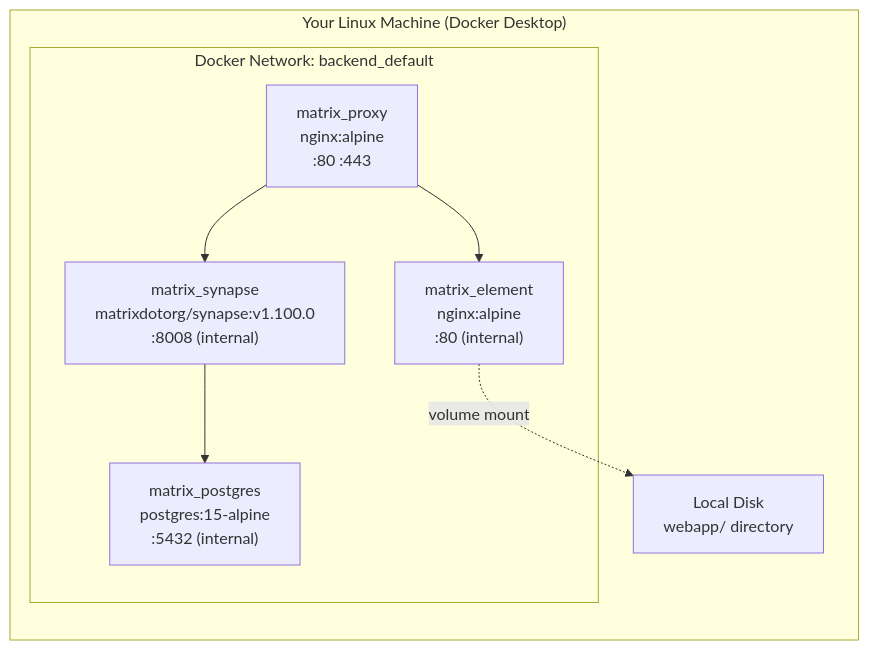
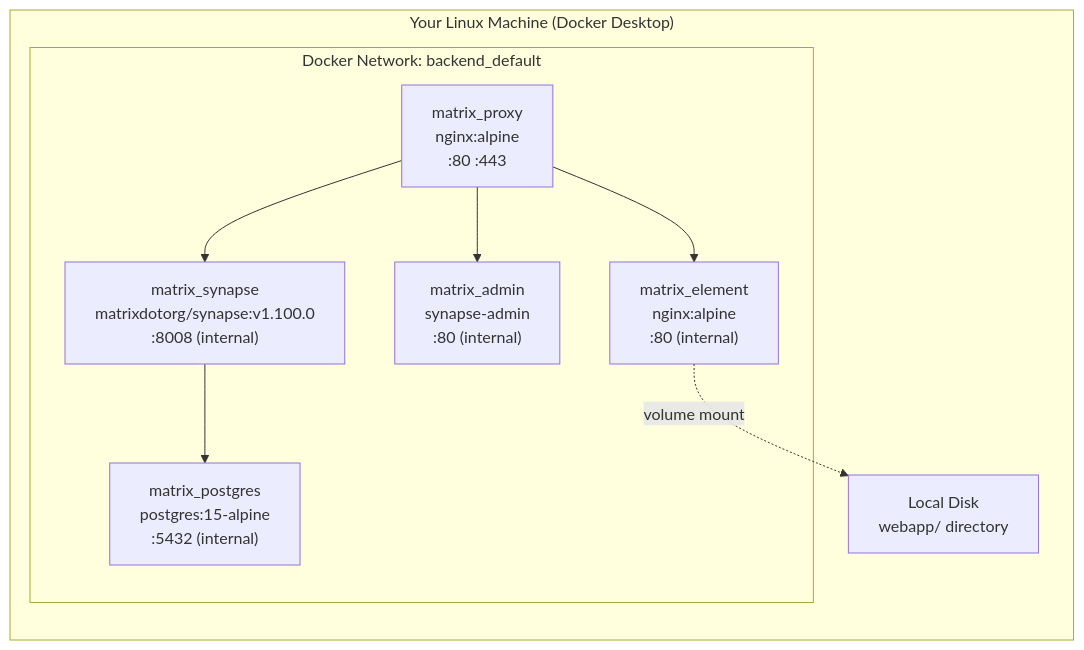
Before and after one commit to Ramilbey/Sovereign-Messenger: the second of 3 diagrams in docs/Architecture/system-overview.md, drawn with Mermaid. The commit also changed other lines of this file and 12 other files, not shown here.

````diff
--- a/docs/Architecture/system-overview.md
+++ b/docs/Architecture/system-overview.md
@@ -65,17 +68,19 @@
 ```mermaid
 graph LR
     subgraph Host["Your Linux Machine (Docker Desktop)"]
         subgraph Net["Docker Network: backend_default"]
             P["matrix_proxy<br/>nginx:alpine<br/>:80 :443"]
             E["matrix_element<br/>nginx:alpine<br/>:80 (internal)"]
+            A["matrix_admin<br/>synapse-admin<br/>:80 (internal)"]
             S["matrix_synapse<br/>matrixdotorg/synapse:v1.100.0<br/>:8008 (internal)"]
             DB["matrix_postgres<br/>postgres:15-alpine<br/>:5432 (internal)"]
         end
         Disk["Local Disk<br/>webapp/ directory"]
     end
 
     P --> E
+    P --> A
     P --> S
     S --> DB
     E -.->|"volume mount"| Disk
 ```
````
